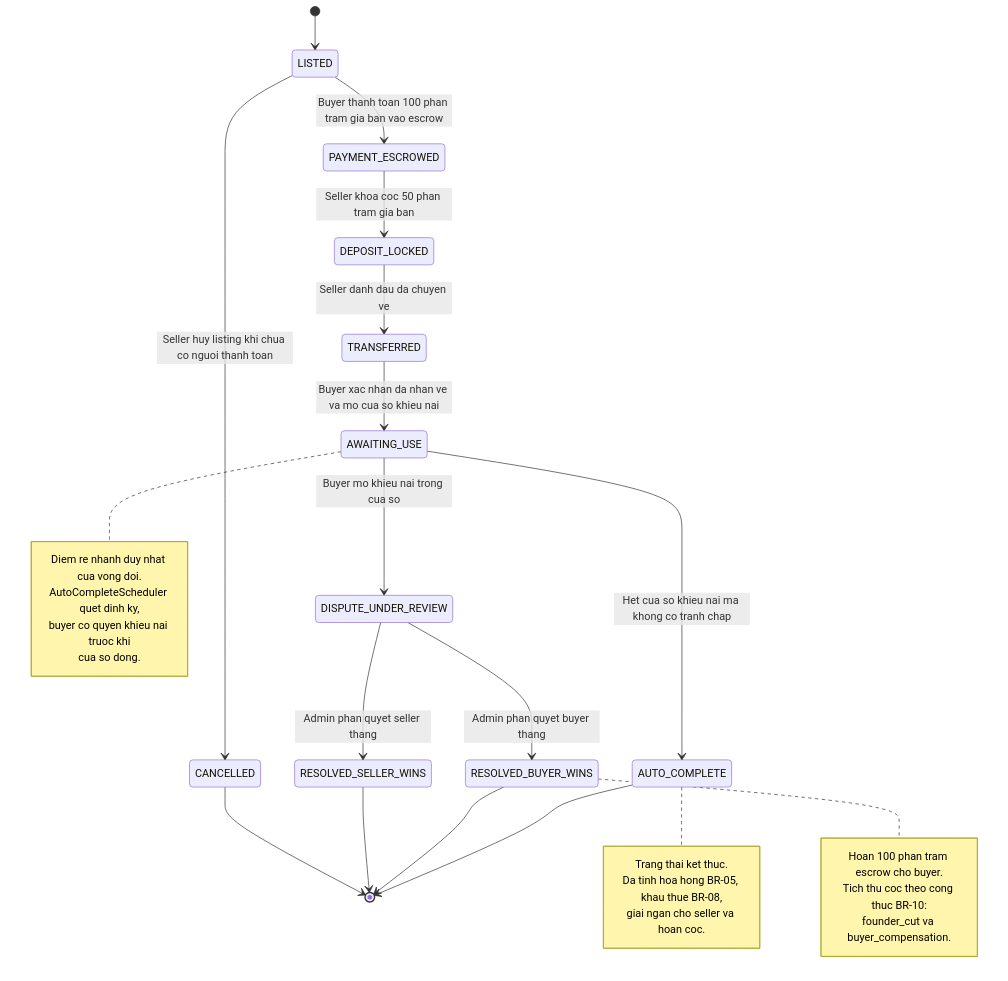
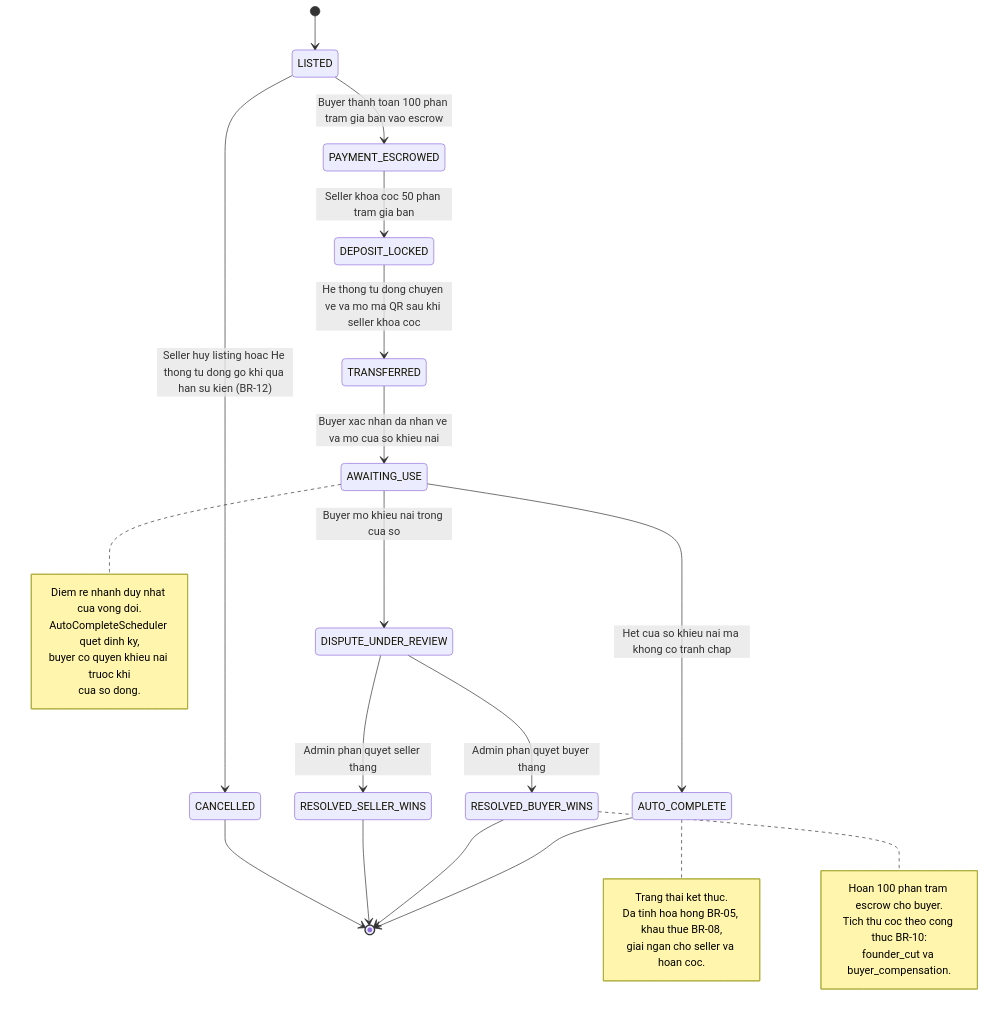
One commit to KemCheese/project_oop changed the diagram in design-note/05-state-machine-giao-dich.md. Above: the diagram before and after it, drawn with Mermaid. The commit also changed other lines of this file and 51 other files, not shown here.

````diff
--- a/design-note/05-state-machine-giao-dich.md
+++ b/design-note/05-state-machine-giao-dich.md
@@ -48,42 +48,42 @@
 ```mermaid
 stateDiagram-v2
     direction TB
 
     [*] --> LISTED
 
     LISTED --> PAYMENT_ESCROWED: Buyer thanh toan 100 phan tram gia ban vao escrow
-    LISTED --> CANCELLED: Seller huy listing khi chua co nguoi thanh toan
+    LISTED --> CANCELLED: Seller huy listing hoac He thong tu dong go khi qua han su kien (BR-12)
     PAYMENT_ESCROWED --> DEPOSIT_LOCKED: Seller khoa coc 50 phan tram gia ban
-    DEPOSIT_LOCKED --> TRANSFERRED: Seller danh dau da chuyen ve
+    DEPOSIT_LOCKED --> TRANSFERRED: He thong tu dong chuyen ve va mo ma QR sau khi seller khoa coc
     TRANSFERRED --> AWAITING_USE: Buyer xac nhan da nhan ve va mo cua so khieu nai
 
     AWAITING_USE --> AUTO_COMPLETE: Het cua so khieu nai ma khong co tranh chap
     AWAITING_USE --> DISPUTE_UNDER_REVIEW: Buyer mo khieu nai trong cua so
 
     DISPUTE_UNDER_REVIEW --> RESOLVED_BUYER_WINS: Admin phan quyet buyer thang
     DISPUTE_UNDER_REVIEW --> RESOLVED_SELLER_WINS: Admin phan quyet seller thang
 
     AUTO_COMPLETE --> [*]
     RESOLVED_BUYER_WINS --> [*]
     RESOLVED_SELLER_WINS --> [*]
     CANCELLED --> [*]
 
     note right of AWAITING_USE
         Diem re nhanh duy nhat cua vong doi.
         AutoCompleteScheduler quet dinh ky,
         buyer co quyen khieu nai truoc khi
         cua so dong.
     end note
 
     note right of AUTO_COMPLETE
         Trang thai ket thuc.
         Da tinh hoa hong BR-05, khau thue BR-08,
         giai ngan cho seller va hoan coc.
     end note
 
     note right of RESOLVED_BUYER_WINS
         Hoan 100 phan tram escrow cho buyer.
         Tich thu coc theo cong thuc BR-10:
         founder_cut va buyer_compensation.
     end note
 ```
````
